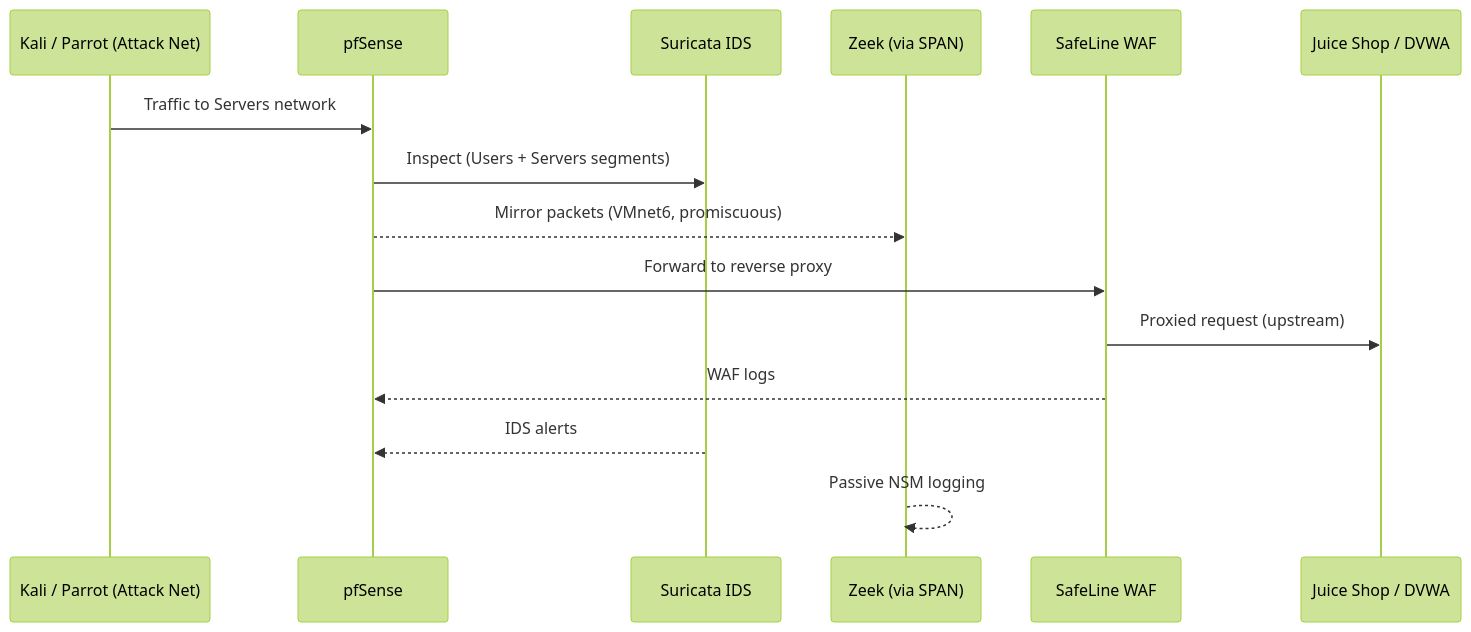
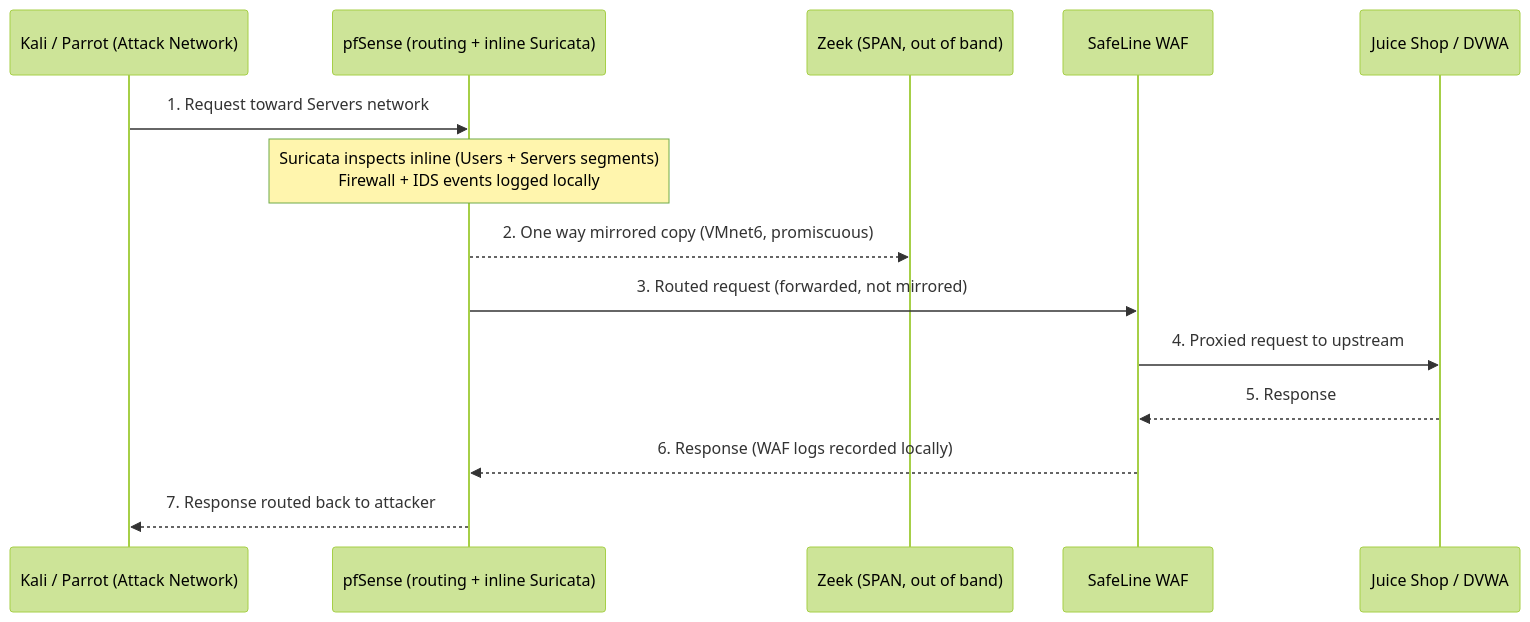
One commit to shateel/enterprise-soc-lab changed the second of 3 diagrams in README.md. Above: the diagram before and after it, drawn with Mermaid (forest theme). The commit also changed other lines of this file, not shown here.

````diff
--- a/README.md
+++ b/README.md
@@ -192,18 +192,17 @@
 ```mermaid
 sequenceDiagram
-    participant A as Kali / Parrot (Attack Net)
-    participant PF as pfSense
-    participant SUR as Suricata IDS
-    participant ZK as Zeek (via SPAN)
+    participant A as Kali / Parrot (Attack Network)
+    participant PF as pfSense (routing + inline Suricata)
+    participant ZK as Zeek (SPAN, out of band)
     participant WAF as SafeLine WAF
     participant APP as Juice Shop / DVWA
 
-    A->>PF: Traffic to Servers network
-    PF->>SUR: Inspect (Users + Servers segments)
-    PF-->>ZK: Mirror packets (VMnet6, promiscuous)
-    PF->>WAF: Forward to reverse proxy
-    WAF->>APP: Proxied request (upstream)
-    WAF-->>PF: WAF logs
-    SUR-->>PF: IDS alerts
-    ZK-->>ZK: Passive NSM logging
+    A->>PF: 1. Request toward Servers network
+    Note over PF: Suricata inspects inline (Users + Servers segments)<br/>Firewall + IDS events logged locally
+    PF-->>ZK: 2. One way mirrored copy (VMnet6, promiscuous)
+    PF->>WAF: 3. Routed request (forwarded, not mirrored)
+    WAF->>APP: 4. Proxied request to upstream
+    APP-->>WAF: 5. Response
+    WAF-->>PF: 6. Response (WAF logs recorded locally)
+    PF-->>A: 7. Response routed back to attacker
 ```
````
